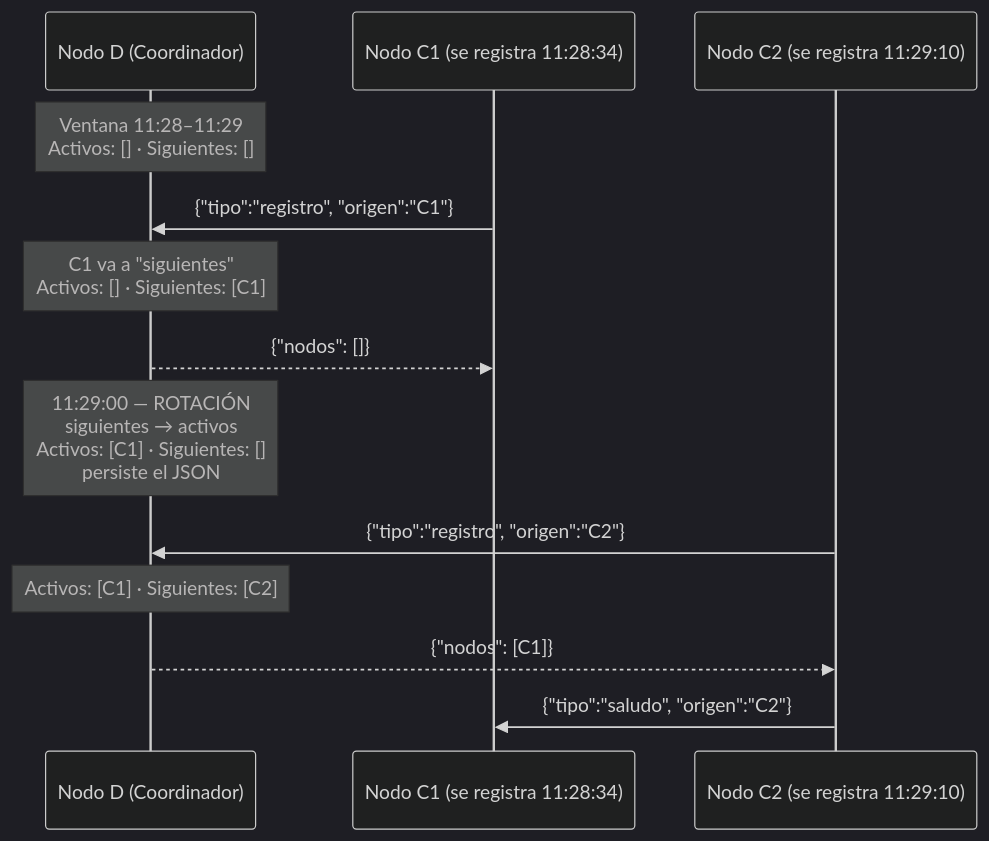
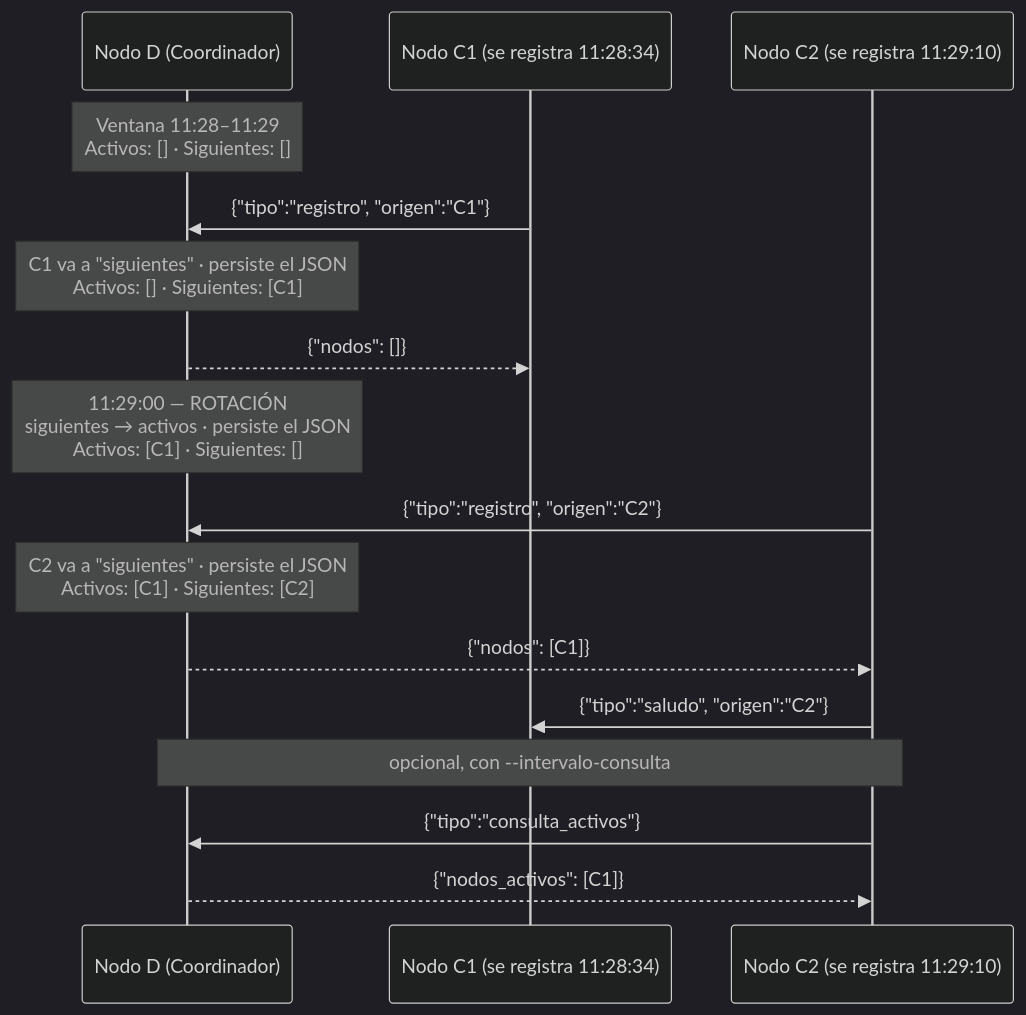
One commit to mnomico/sdypp_tp1 changed the diagram in hit7/README.md. Above: the diagram before and after it, drawn with Mermaid (dark theme). The commit also changed other lines of this file and 3 other files, not shown here.

Commit message:
correciones chicas en los diagramas

````diff
--- a/hit7/README.md
+++ b/hit7/README.md
@@ -15,18 +15,22 @@
 ```mermaid
 sequenceDiagram
     participant D as Nodo D (Coordinador)
     participant C1 as Nodo C1 (se registra 11:28:34)
     participant C2 as Nodo C2 (se registra 11:29:10)
 
     Note over D: Ventana 11:28–11:29<br/>Activos: [] · Siguientes: []
     C1->>D: {"tipo":"registro", "origen":"C1"}
-    Note over D: C1 va a "siguientes"<br/>Activos: [] · Siguientes: [C1]
+    Note over D: C1 va a "siguientes" · persiste el JSON<br/>Activos: [] · Siguientes: [C1]
     D-->>C1: {"nodos": []}
 
-    Note over D: 11:29:00 — ROTACIÓN<br/>siguientes → activos<br/>Activos: [C1] · Siguientes: []<br/>persiste el JSON
+    Note over D: 11:29:00 — ROTACIÓN<br/>siguientes → activos · persiste el JSON<br/>Activos: [C1] · Siguientes: []
 
     C2->>D: {"tipo":"registro", "origen":"C2"}
-    Note over D: Activos: [C1] · Siguientes: [C2]
+    Note over D: C2 va a "siguientes" · persiste el JSON<br/>Activos: [C1] · Siguientes: [C2]
     D-->>C2: {"nodos": [C1]}
     C2->>C1: {"tipo":"saludo", "origen":"C2"}
+
+    Note over C2,D: opcional, con --intervalo-consulta
+    C2->>D: {"tipo":"consulta_activos"}
+    D-->>C2: {"nodos_activos": [C1]}
 ```
````
